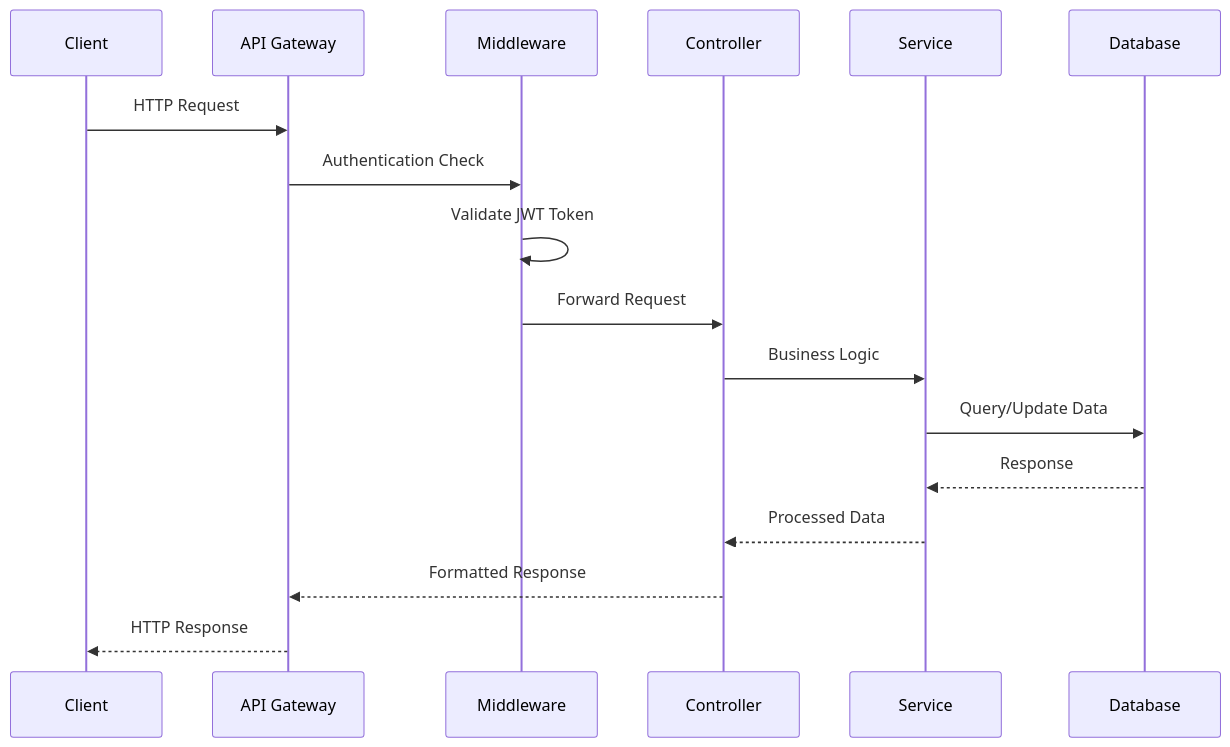
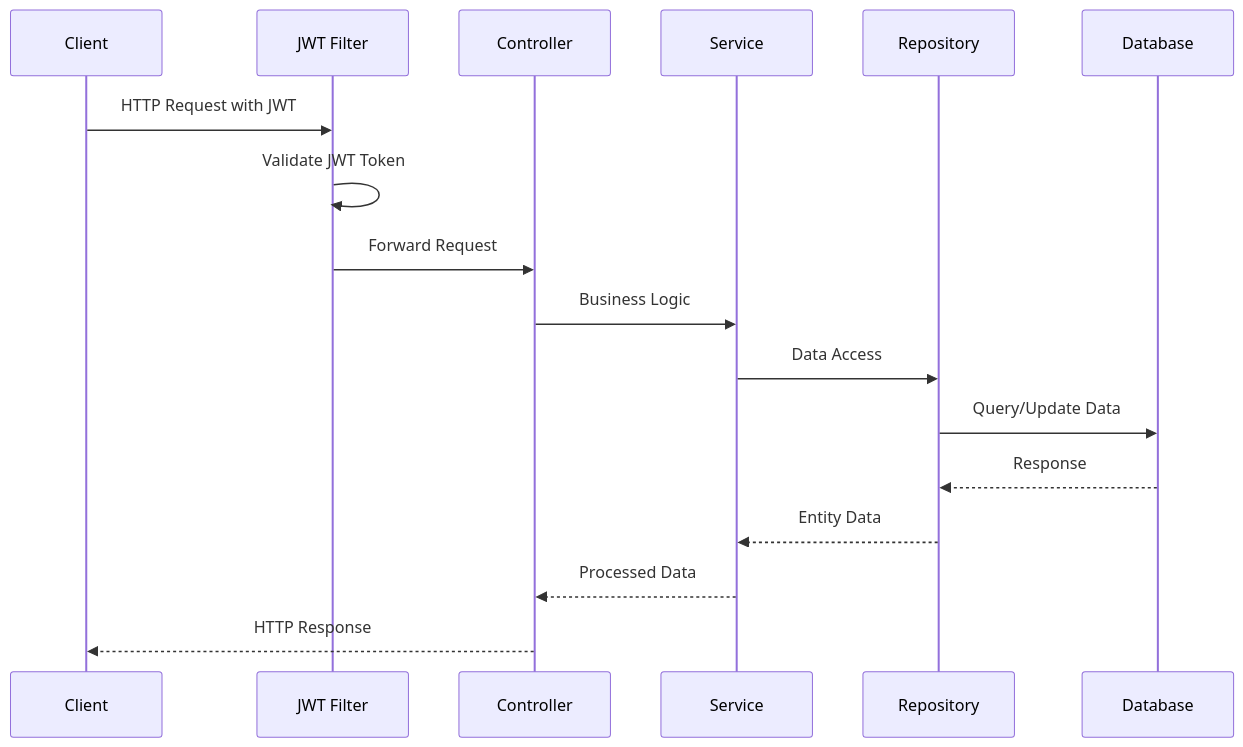
One commit to Ericfeng84/TaskManagment changed the fifth of 7 diagrams in system-diagrams.md. Above: the diagram before and after it, drawn with Mermaid. The commit also changed other lines of this file and 68 other files, not shown here.

````diff
--- a/system-diagrams.md
+++ b/system-diagrams.md
@@ -139,20 +141,20 @@
 ```mermaid
 sequenceDiagram
     participant C as Client
-    participant A as API Gateway
-    participant M as Middleware
+    participant F as JWT Filter
     participant Ctrl as Controller
     participant S as Service
+    participant R as Repository
     participant DB as Database
     
-    C->>A: HTTP Request
-    A->>M: Authentication Check
-    M->>M: Validate JWT Token
-    M->>Ctrl: Forward Request
+    C->>F: HTTP Request with JWT
+    F->>F: Validate JWT Token
+    F->>Ctrl: Forward Request
     Ctrl->>S: Business Logic
-    S->>DB: Query/Update Data
-    DB-->>S: Response
+    S->>R: Data Access
+    R->>DB: Query/Update Data
+    DB-->>R: Response
+    R-->>S: Entity Data
     S-->>Ctrl: Processed Data
-    Ctrl-->>A: Formatted Response
-    A-->>C: HTTP Response
+    Ctrl-->>C: HTTP Response
 ```
````
